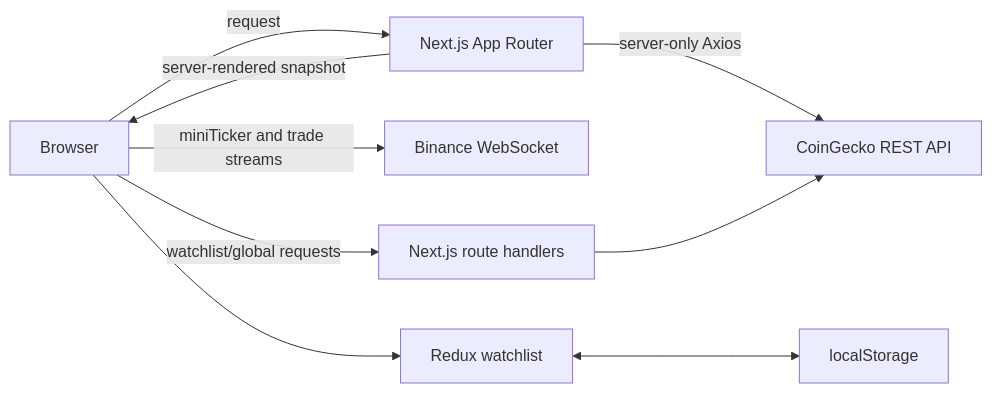
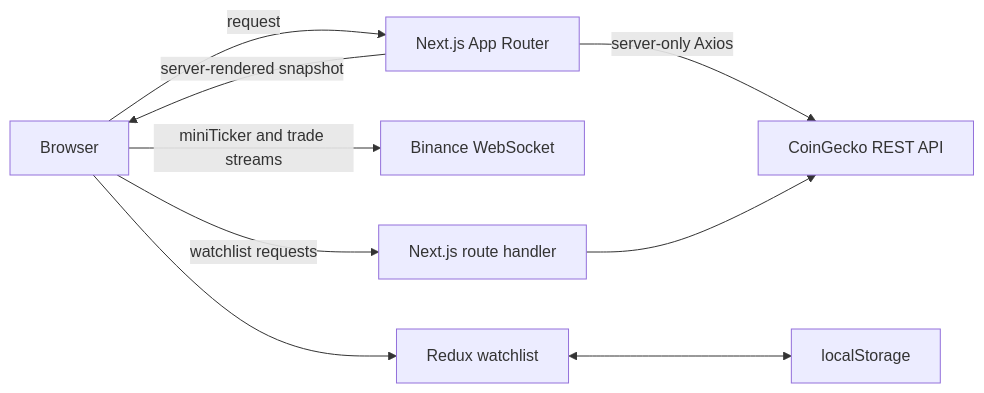
The diagram in README.md (yousefknifati/crypto-market-inelligence), drawn with Mermaid before and after one commit. The commit also changed 6 other files, not shown here.

Commit message:
feat: remove route handler in market summary

````diff
--- a/README.md
+++ b/README.md
@@ -29,11 +29,11 @@
 ```mermaid
 flowchart LR
   Browser -->|request| Next[Next.js App Router]
   Next -->|server-only Axios| CoinGecko[CoinGecko REST API]
   Next -->|server-rendered snapshot| Browser
   Browser -->|miniTicker and trade streams| Binance[Binance WebSocket]
   Browser --> Redux[Redux watchlist]
   Redux <--> Storage[localStorage]
-  Browser -->|watchlist/global requests| Routes[Next.js route handlers]
+  Browser -->|watchlist requests| Routes[Next.js route handler]
   Routes --> CoinGecko
 ```
````
